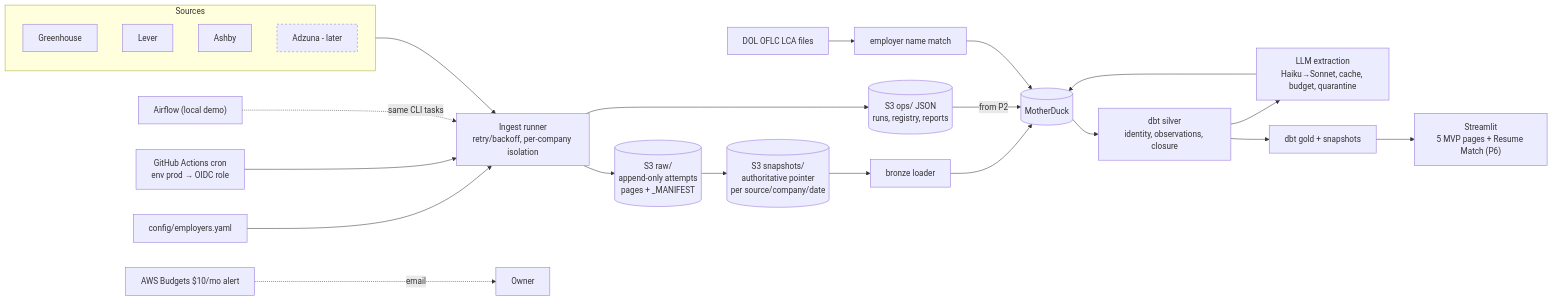
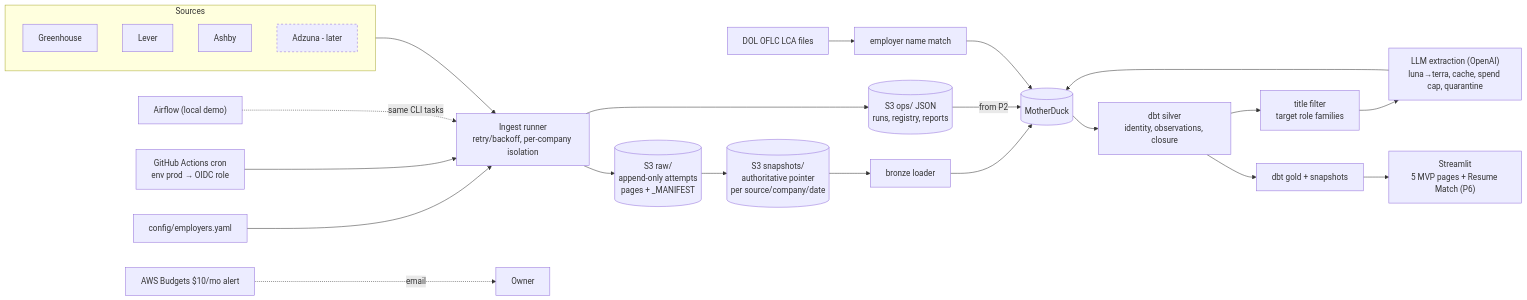
One commit to akshaygovindd/jobpulse changed the diagram in docs/ARCHITECTURE.md. Above: the diagram before and after it, drawn with Mermaid. The commit also changed other lines of this file and 7 other files, not shown here.

Commit message:
docs: switch extraction provider to OpenAI; add extraction config and prompt

````diff
--- a/docs/ARCHITECTURE.md
+++ b/docs/ARCHITECTURE.md
@@ -7,24 +7,24 @@
 ```mermaid
 flowchart LR
   subgraph Sources
     GH[Greenhouse]
     LV[Lever]
     AS[Ashby]
     AZ[Adzuna - later]:::later
   end
   CFG[config/employers.yaml] --> RUN
   GHA["GitHub Actions cron<br/>env prod → OIDC role"] --> RUN
   AF["Airflow (local demo)"] -.same CLI tasks.-> RUN
   classDef later stroke-dasharray: 4 4
   Sources --> RUN["Ingest runner<br/>retry/backoff, per-company isolation"]
   RUN --> RAW[("S3 raw/<br/>append-only attempts<br/>pages + _MANIFEST")]
   RAW --> PTR[("S3 snapshots/<br/>authoritative pointer<br/>per source/company/date")]
   RUN --> OPS[("S3 ops/ JSON<br/>runs, registry, reports")]
   PTR --> BR[bronze loader] --> MD[(MotherDuck)]
   OPS -->|from P2| MD
   MD --> SIL["dbt silver<br/>identity, observations, closure"]
-  SIL --> EX["LLM extraction<br/>Haiku→Sonnet, cache, budget, quarantine"] --> MD
+  SIL --> FLT["title filter<br/>target role families"] --> EX["LLM extraction (OpenAI)<br/>luna→terra, cache, spend cap, quarantine"] --> MD
   LCA[DOL OFLC LCA files] --> VM[employer name match] --> MD
   SIL --> GOLD[dbt gold + snapshots] --> APP["Streamlit<br/>5 MVP pages + Resume Match (P6)"]
   BUD["AWS Budgets $10/mo alert"] -.email.-> OWN[Owner]
 ```
````
